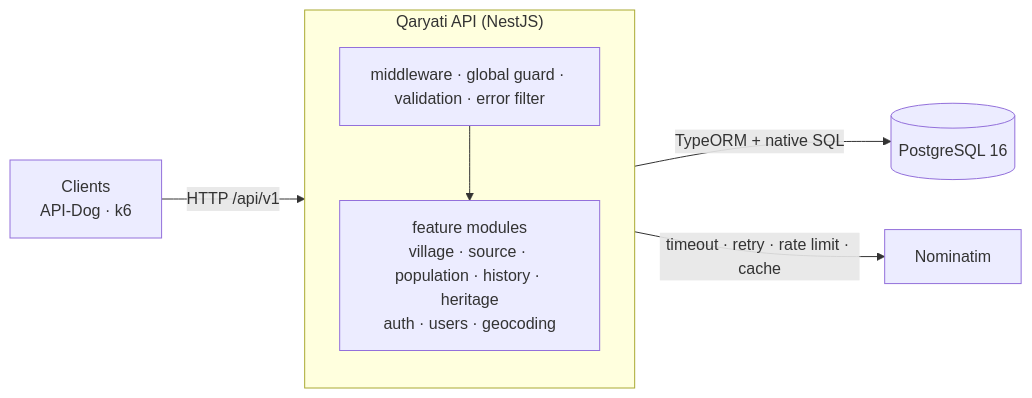
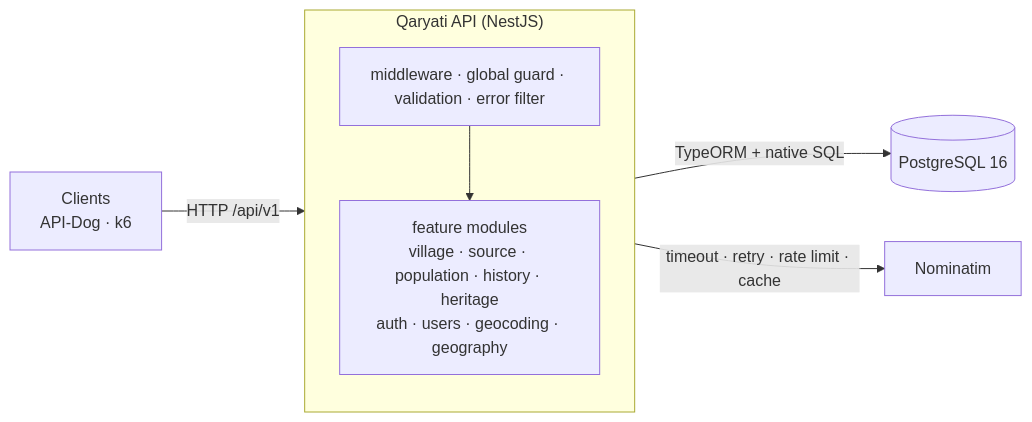
One commit to qaryati-Org/qaryati changed the diagram in README.md. Above: the diagram before and after it, drawn with Mermaid. The commit also changed 1 other file, not shown here.

Commit message:
docs(architecture): show geography, fix auth/users direction, add write performance

````diff
--- a/README.md
+++ b/README.md
@@ -100,12 +100,12 @@
 ```mermaid
 flowchart LR
     C[Clients<br/>API-Dog · k6] -- "HTTP /api/v1" --> API
     subgraph API["Qaryati API (NestJS)"]
         direction TB
         MW[middleware · global guard · validation · error filter]
-        M[feature modules<br/>village · source · population · history · heritage<br/>auth · users · geocoding]
+        M[feature modules<br/>village · source · population · history · heritage<br/>auth · users · geocoding · geography]
         MW --> M
     end
     API -- "TypeORM + native SQL" --> DB[(PostgreSQL 16)]
     API -- "timeout · retry · rate limit · cache" --> N[Nominatim]
 ```
````
